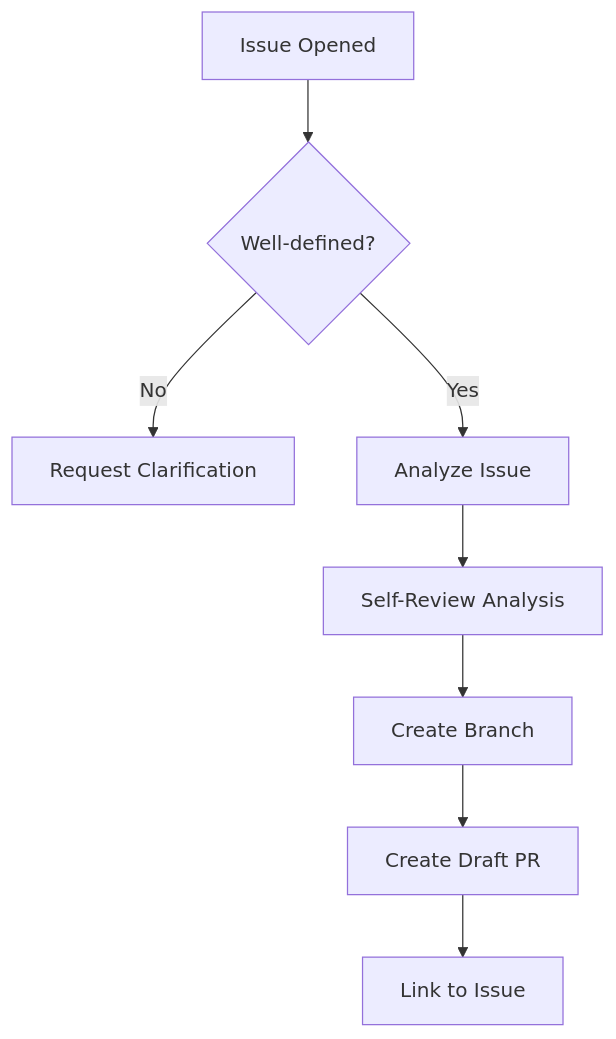
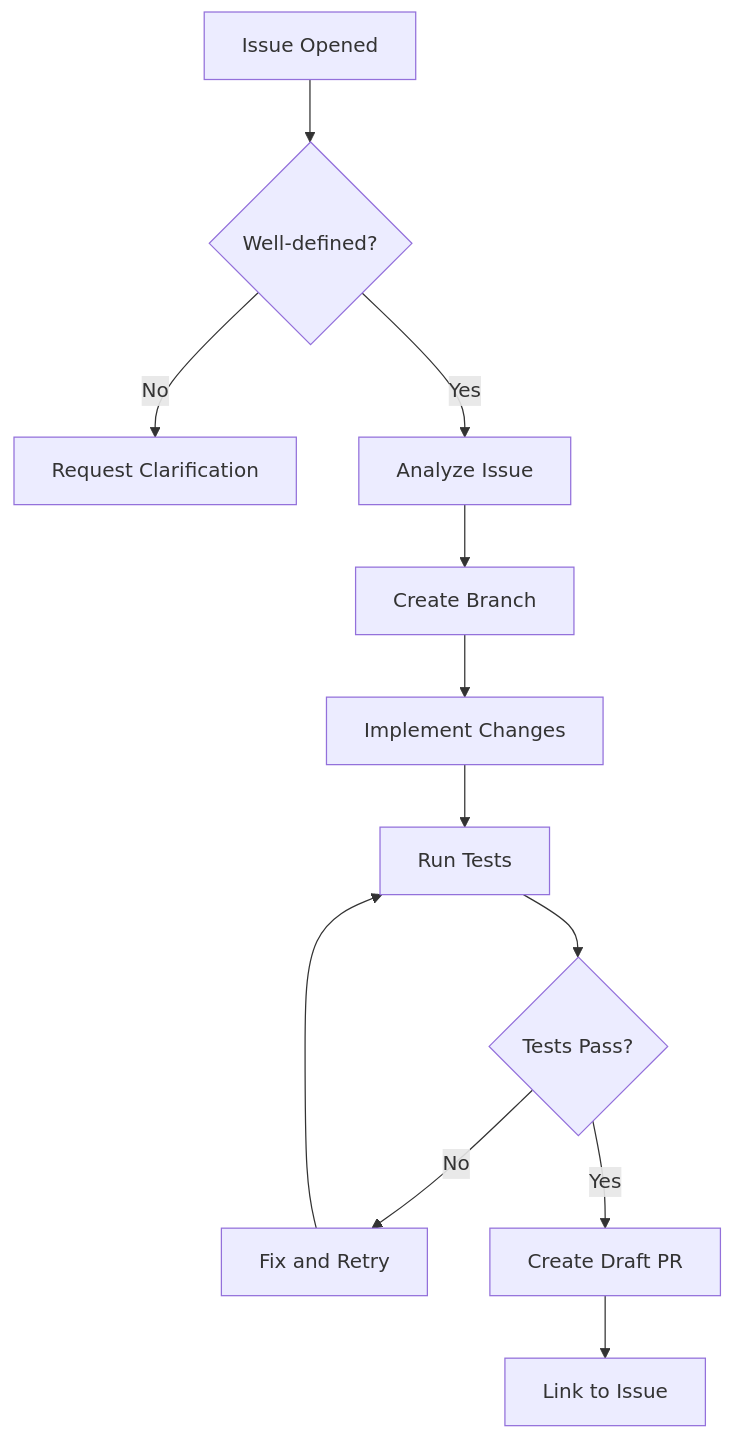
Before and after one commit to ambient-code/reference: the diagram in docs/patterns/issue-to-pr.md, drawn with Mermaid. The commit also changed other lines of this file and 8 other files, not shown here.

````diff
--- a/docs/patterns/issue-to-pr.md
+++ b/docs/patterns/issue-to-pr.md
@@ -23,10 +53,14 @@
 ```mermaid
 flowchart TD
     A[Issue Opened] --> B{Well-defined?}
     B -->|No| C[Request Clarification]
     B -->|Yes| D[Analyze Issue]
-    D --> E[Self-Review Analysis]
-    E --> F[Create Branch]
-    F --> G[Create Draft PR]
-    G --> H[Link to Issue]
+    D --> E[Create Branch]
+    E --> F[Implement Changes]
+    F --> G[Run Tests]
+    G --> H{Tests Pass?}
+    H -->|No| I[Fix and Retry]
+    I --> G
+    H -->|Yes| J[Create Draft PR]
+    J --> K[Link to Issue]
 ```
````
